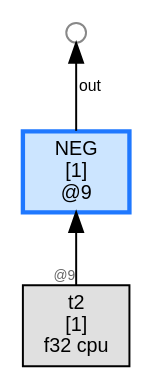
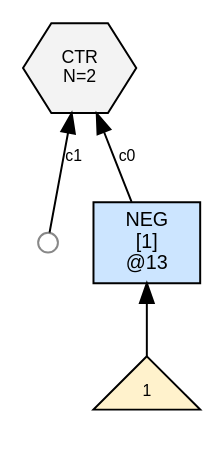
One commit to sw1sh/TinyHVM changed the diagram in wl/examples/thvm_graphs/grad_rules/neg/thvm_2_post_sweep.dot. Above: the diagram before and after it, drawn with Graphviz. The commit also changed 184 other files, not shown here.

First line of the commit message:
grad: NUM(1) seed; CTR consumer; STOP_AFTER_SWEEP; keep ADD intermediate

```diff
--- a/wl/examples/thvm_graphs/grad_rules/neg/thvm_2_post_sweep.dot
+++ b/wl/examples/thvm_graphs/grad_rules/neg/thvm_2_post_sweep.dot
@@ -1,11 +1,13 @@
 digraph G {
   rankdir=BT;
   node [fontname="Helvetica", fontsize=10, style=filled, shape=box, margin="0.1,0.05"];
   edge [fontsize=8, fontname="Helvetica"];
 
-  n9 [label="NEG\n[1]\n@9", shape=box, fillcolor="#cce5ff",color="#1f78ff",penwidth=2.2];
-  t2 [label="t2\n[1]\nf32 cpu",shape=box,fillcolor="#e0e0e0"];
-  t2 -> n9 [label="",taillabel="@9",labelfontsize=7,fontcolor="#666666"];
-  free9_1000 [label="",shape=circle,width=0.14,height=0.14,fixedsize=true,fillcolor="#ffffff",color="#888888",fontsize=1];
-  n9 -> free9_1000 [label="out"];
+  n13 [label="NEG\n[1]\n@13", shape=box, fillcolor="#cce5ff"];
+  num13_0 [label="1",shape=triangle,fillcolor="#fff2cc",fontsize=8];
+  num13_0 -> n13 [label=""];
+  ctr7 [label="CTR\nN=2", shape=hexagon, fillcolor="#f3f3f3", fontsize=9];
+  n13 -> ctr7 [label="c0"];
+  free7_1 [label="",shape=circle,width=0.14,height=0.14,fixedsize=true,fillcolor="#ffffff",color="#888888",fontsize=1];
+  free7_1 -> ctr7 [label="c1"];
 }
```
